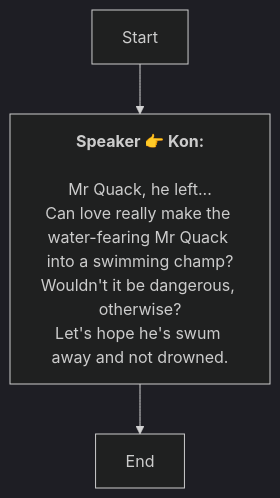
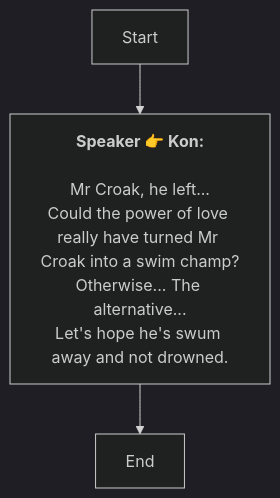
Before and after one commit to SoftHu/tos_avg: the diagram in En/AddDialogNode_1739675987714257.md, drawn with Mermaid (dark theme). The commit also changed 297 other files, not shown here.

````diff
--- a/En/AddDialogNode_1739675987714257.md
+++ b/En/AddDialogNode_1739675987714257.md
@@ -1,11 +1,11 @@
 ```mermaid
 graph
 Start -->1739676225311956[<b>Speaker 👉 Kon:</b>
 
-Mr Quack, he left...
-Can love really make the water-fearing Mr Quack into a swimming champ?
-Wouldn't it be dangerous, otherwise?
+Mr Croak, he left...
+Could the power of love really have turned Mr Croak into a swim champ?
+Otherwise... The alternative...
 Let's hope he's swum away and not drowned.]
 1739676225311956 -->1739676973754581[End]
 
  ```
````
